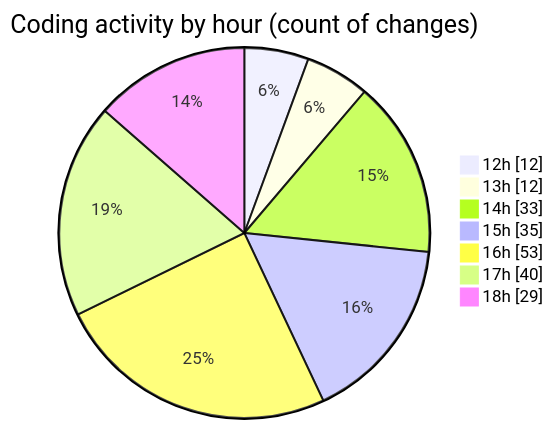
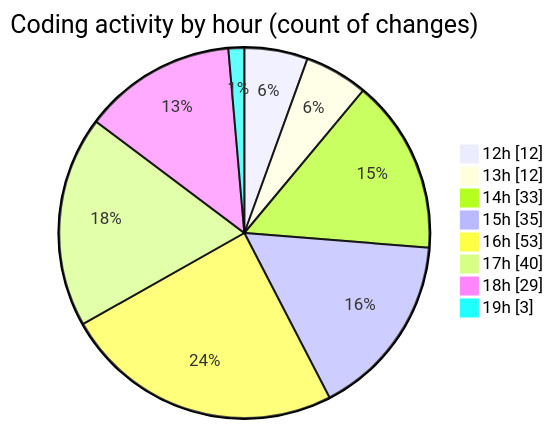
Before and after one commit to momahboobian/code-tracking: the second of 2 diagrams in 2025-09-24/cda/README.md, drawn with Mermaid. The commit also changed other lines of this file and 1 other file, not shown here.

````diff
--- a/2025-09-24/cda/README.md
+++ b/2025-09-24/cda/README.md
@@ -45,11 +46,12 @@
 ```mermaid
 pie showData
 title Coding activity by hour (count of changes)
 "12h" : 12
 "13h" : 12
 "14h" : 33
 "15h" : 35
 "16h" : 53
 "17h" : 40
 "18h" : 29
+"19h" : 3
 ```
````
